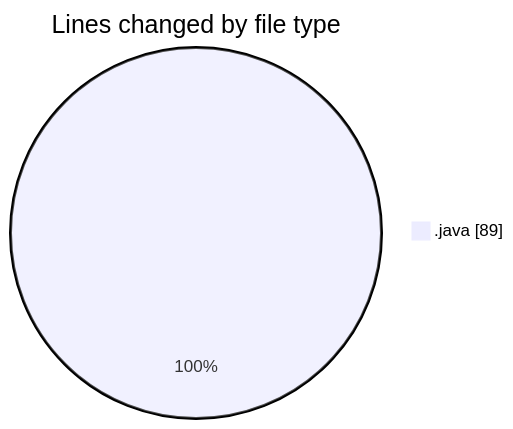
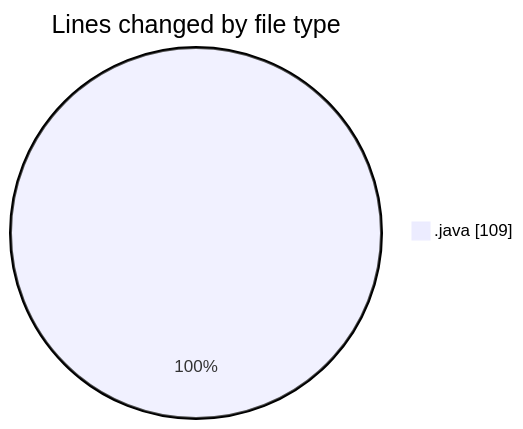
The first of 2 diagrams in 2025-02-27/coding_prac_8/README.md (NitaiMahat/code-tracking), drawn with Mermaid before and after one commit. The commit also changed other lines of this file and 1 other file, not shown here.

````diff
--- a/2025-02-27/coding_prac_8/README.md
+++ b/2025-02-27/coding_prac_8/README.md
@@ -23,5 +24,5 @@
 ```mermaid
 pie showData
 title Lines changed by file type
-".java" : 89
+".java" : 109
 ```
````
